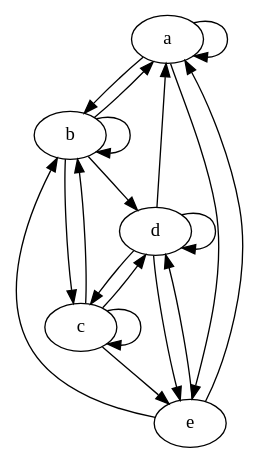
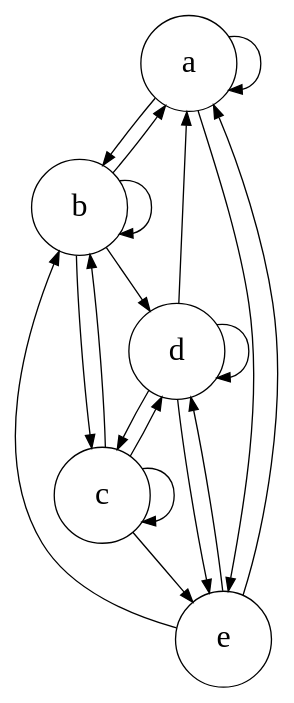
The diagram in diagram/mess.dot (create-ensemble/feedback), drawn with Graphviz before and after one commit. The commit also changed 22 other files, not shown here.

Commit message:
a few diagram improvements; update to rewrite of matrix mixer

```diff
--- a/diagram/mess.dot
+++ b/diagram/mess.dot
@@ -1,12 +1,13 @@
-digraph double {
+digraph mess {
+  node [shape=circle, fixedsize=true, width=1.0, height=1.0, fontsize=24]
   a -> b -> c -> d -> e -> a
   a -> e -> d -> c -> b -> a
   b -> d
   c -> e
   d -> a
   e -> b
   a -> a
   b -> b
   c -> c
   d -> d
 }
```
